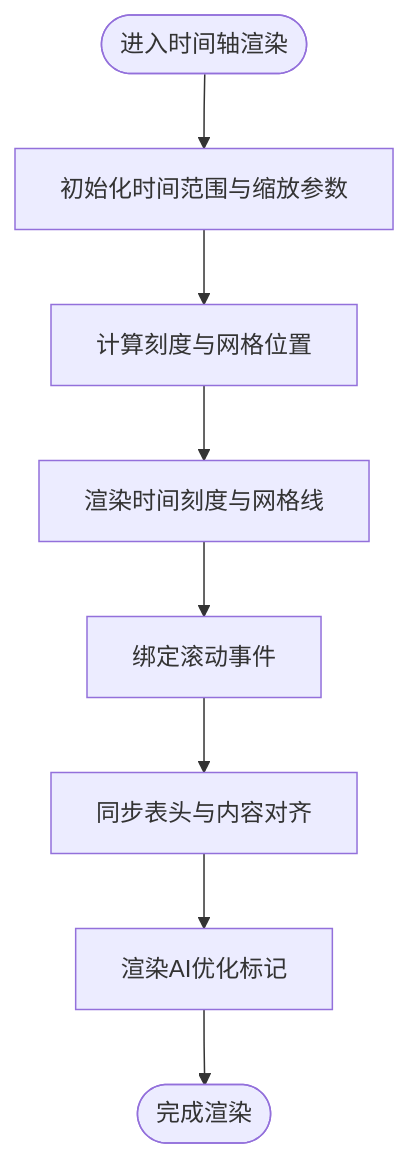
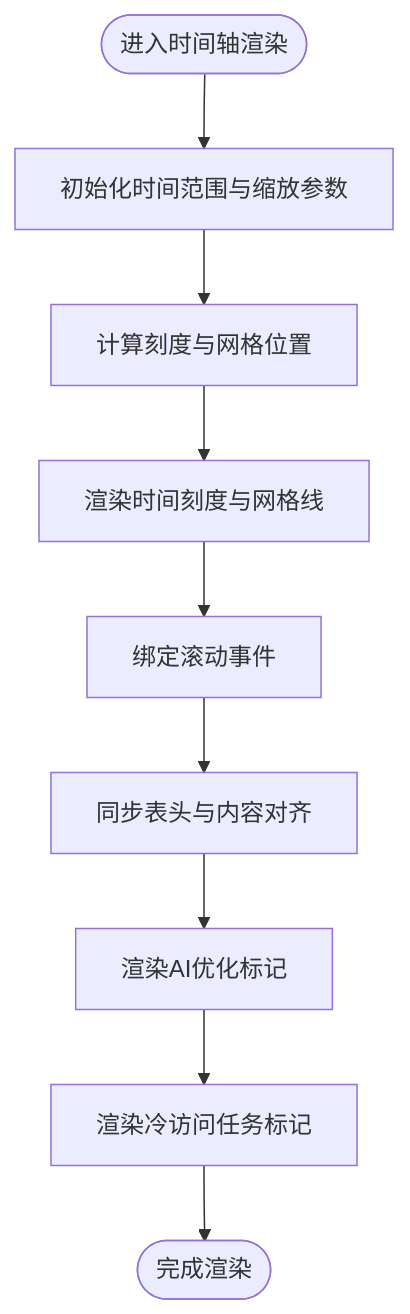
The third of 11 diagrams in .qoder/repowiki/zh/content/核心组件/日程管理组件 (DailySchedule).md (xianjianshenqu/SalesFlow-CRM), drawn with Mermaid before and after one commit. The commit also changed other lines of this file and 9 other files, not shown here.

````diff
--- a/.qoder/repowiki/zh/content/核心组件/日程管理组件 (DailySchedule).md
+++ b/.qoder/repowiki/zh/content/核心组件/日程管理组件 (DailySchedule).md
@@ -123,10 +149,11 @@
 ```mermaid
 flowchart TD
 Start(["进入时间轴渲染"]) --> Init["初始化时间范围与缩放参数"]
 Init --> ComputeGrid["计算刻度与网格位置"]
 ComputeGrid --> RenderTicks["渲染时间刻度与网格线"]
 RenderTicks --> BindScroll["绑定滚动事件"]
 BindScroll --> SyncHeader["同步表头与内容对齐"]
 SyncHeader --> AIOverlay["渲染AI优化标记"]
-AIOverlay --> End(["完成渲染"])
+AIOverlay --> CVOverlay["渲染冷访问任务标记"]
+CVOverlay --> End(["完成渲染"])
 ```
````
